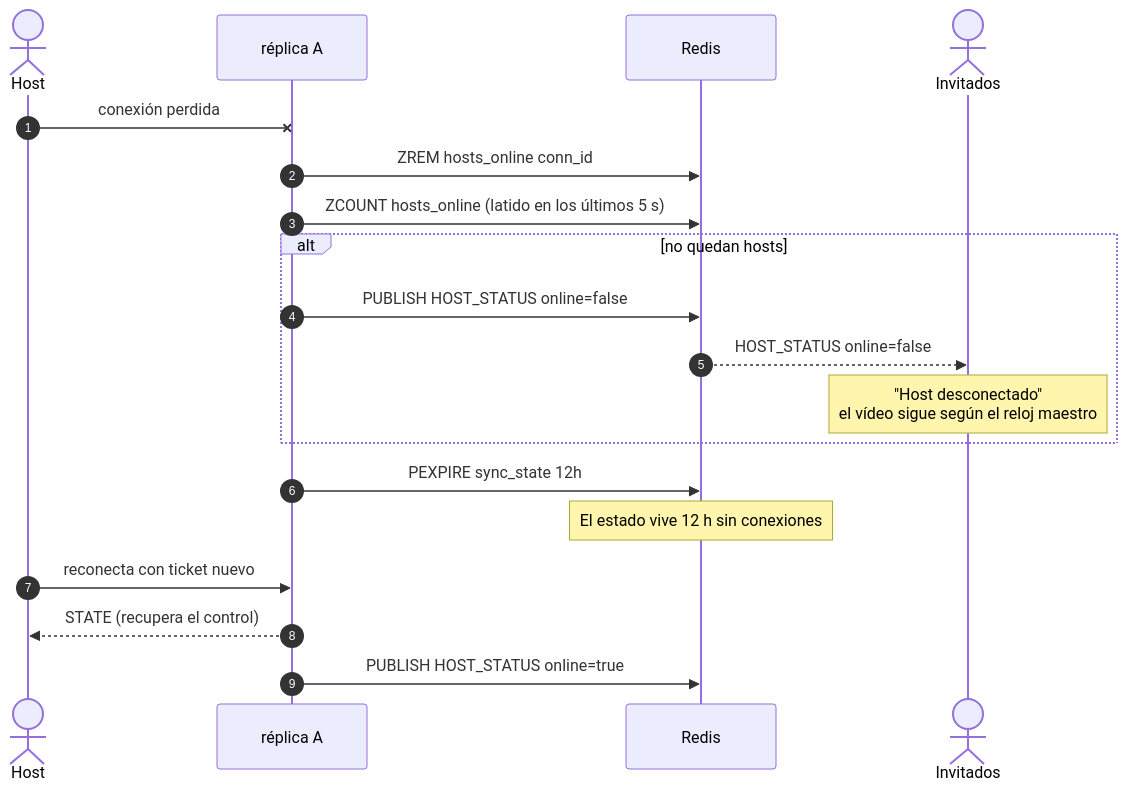
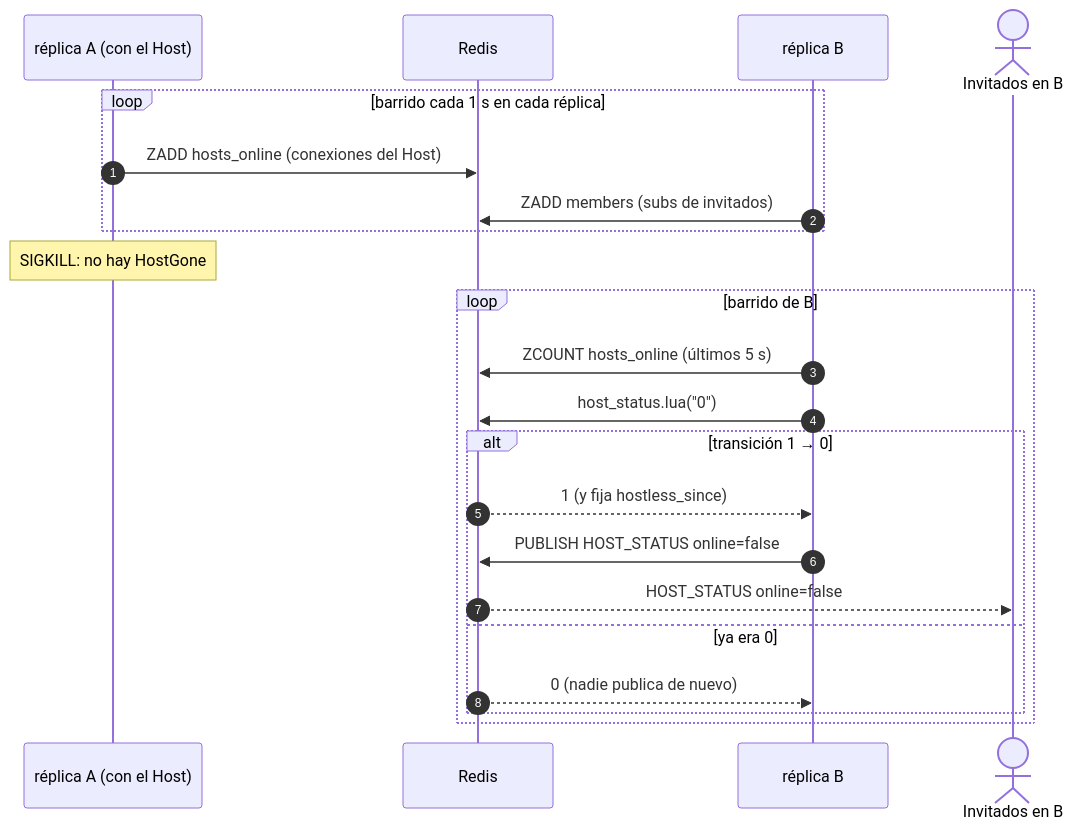
One commit to N1ghtlyC0de/TINT changed the ninth of 17 diagrams in docs/dominio-reproduccion.md. Above: the diagram before and after it, drawn with Mermaid. The commit also changed other lines of this file and 2 other files, not shown here.

First line of the commit message:
docs(sync-core): Canal Sync v2 en la documentación del dominio

````diff
--- a/docs/dominio-reproduccion.md
+++ b/docs/dominio-reproduccion.md
@@ -348,22 +429,25 @@
 ```mermaid
 sequenceDiagram
     autonumber
-    actor Host
-    participant A as réplica A
+    participant A as réplica A (con el Host)
     participant R as Redis
-    actor Inv as Invitados
+    participant B as réplica B
+    actor Inv as Invitados en B
 
-    Host-xA: conexión perdida
-    A->>R: ZREM hosts_online conn_id
-    A->>R: ZCOUNT hosts_online (latido en los últimos 5 s)
-    alt no quedan hosts
-        A->>R: PUBLISH HOST_STATUS online=false
-        R-->>Inv: HOST_STATUS online=false
-        Note over Inv: "Host desconectado"<br/>el vídeo sigue según el reloj maestro
+    loop barrido cada 1 s en cada réplica
+        A->>R: ZADD hosts_online (conexiones del Host)
+        B->>R: ZADD members (subs de invitados)
     end
-    A->>R: PEXPIRE sync_state 12h
-    Note over R: El estado vive 12 h sin conexiones
-    Host->>A: reconecta con ticket nuevo
-    A-->>Host: STATE (recupera el control)
-    A->>R: PUBLISH HOST_STATUS online=true
+    Note over A: SIGKILL: no hay HostGone
+    loop barrido de B
+        B->>R: ZCOUNT hosts_online (últimos 5 s)
+        B->>R: host_status.lua("0")
+        alt transición 1 → 0
+            R-->>B: 1 (y fija hostless_since)
+            B->>R: PUBLISH HOST_STATUS online=false
+            R-->>Inv: HOST_STATUS online=false
+        else ya era 0
+            R-->>B: 0 (nadie publica de nuevo)
+        end
+    end
 ```
````
